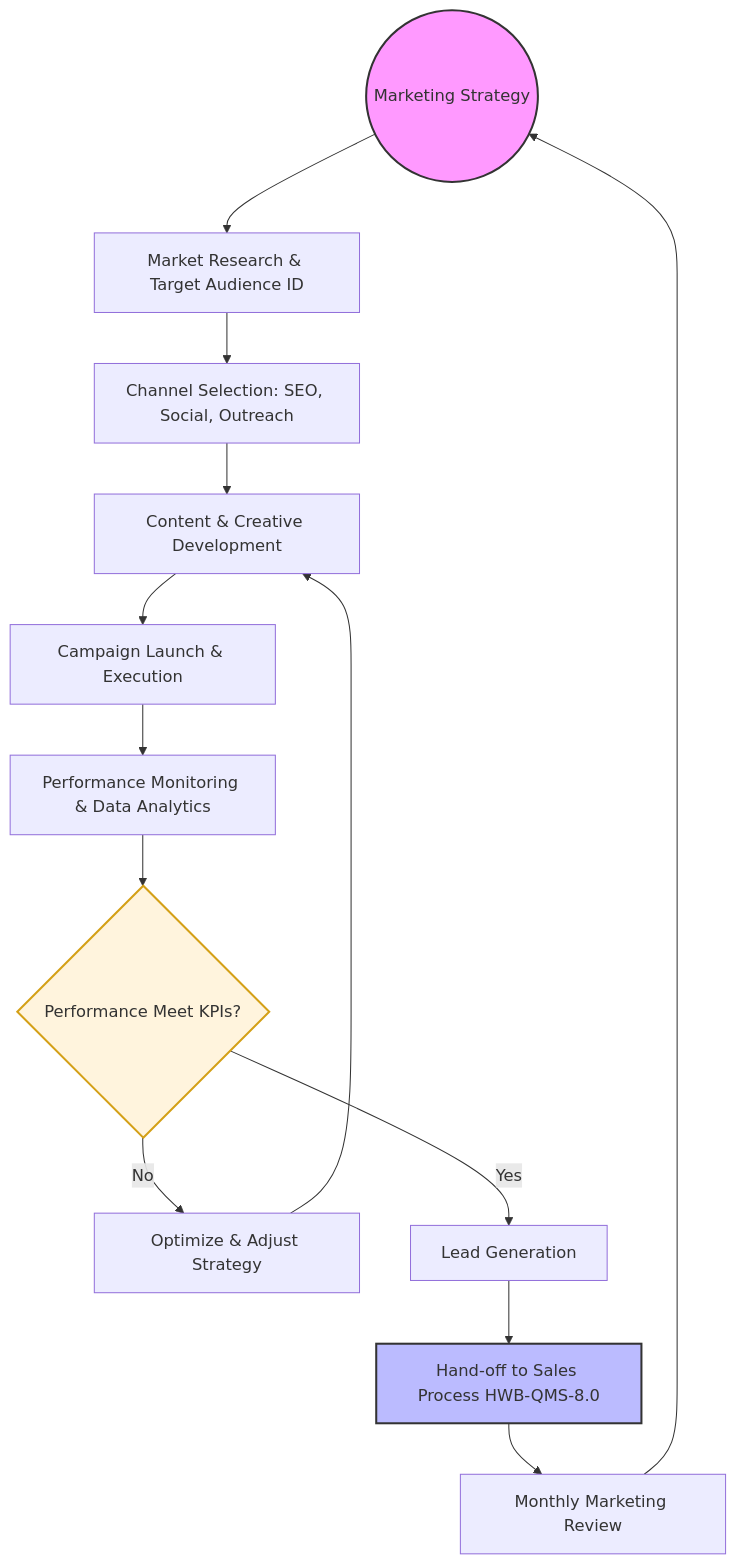
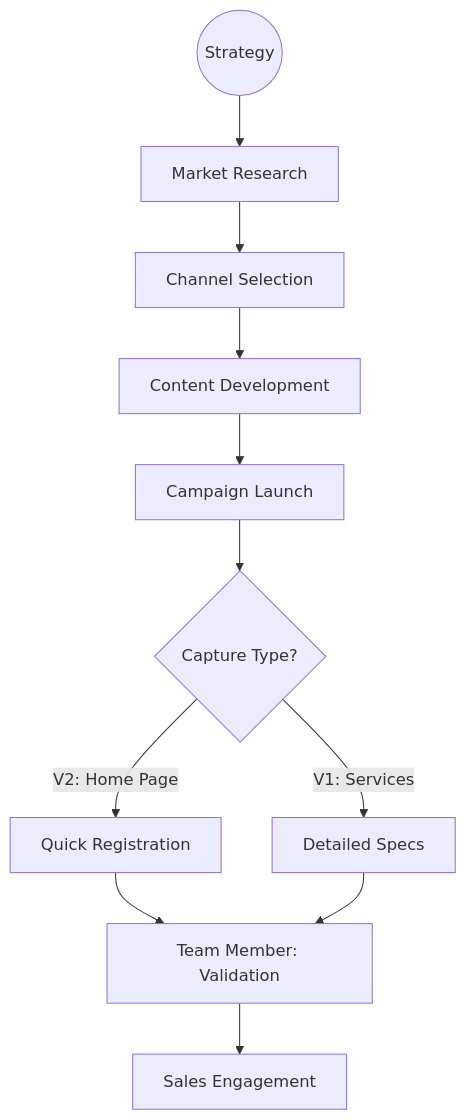
The diagram in HWB-COMPANY/HWB-SALES-MARKETING/HWB-QMS-8.0 Marketing Process SOP with Flowchart.md (Humbertoed11/hwb-institutional-website), drawn with Mermaid before and after one commit. The commit also changed other lines of this file and 236 other files, not shown here.

````diff
--- a/HWB-COMPANY/HWB-SALES-MARKETING/HWB-QMS-8.0 Marketing Process SOP with Flowchart.md
+++ b/HWB-COMPANY/HWB-SALES-MARKETING/HWB-QMS-8.0 Marketing Process SOP with Flowchart.md
@@ -30,33 +30,13 @@
 ```mermaid
 graph TD
-    %% Start of Process
-    Start((Marketing Strategy)) --> Research[Market Research & Target Audience ID]
-    
-    %% Planning Phase
-    Research --> Channels[Channel Selection: SEO, Social, Outreach]
-    Channels --> Content[Content & Creative Development]
-    
-    %% Execution Phase
-    Content --> Execution[Campaign Launch & Execution]
-    
-    %% Monitoring Phase
-    Execution --> Monitoring[Performance Monitoring & Data Analytics]
-    
-    %% Decision Phase
-    Monitoring --> Analysis{Performance Meet KPIs?}
-    
-    Analysis -- No --> Adjust[Optimize & Adjust Strategy]
-    Adjust --> Content
-    
-    Analysis -- Yes --> LeadGen[Lead Generation]
-    
-    %% Hand-off Phase
-    LeadGen --> SalesHandOff[Hand-off to Sales Process HWB-QMS-8.0]
-    SalesHandOff --> Review[Monthly Marketing Review]
-    Review --> Start
-    
-    %% Styling
-    style Start fill:#f9f,stroke:#333,stroke-width:2px
-    style SalesHandOff fill:#bbf,stroke:#333,stroke-width:2px
-    style Analysis fill:#fff4dd,stroke:#d4a017,stroke-width:2px
+    Start((Strategy)) --> Research[Market Research]
+    Research --> Channels[Channel Selection]
+    Channels --> Content[Content Development]
+    Content --> Execution[Campaign Launch]
+    Execution --> Capture{Capture Type?}
+    Capture -- V2: Home Page --> Velocity[Quick Registration]
+    Capture -- V1: Services --> Fidelity[Detailed Specs]
+    Velocity --> CRM[Team Member: Manual Follow-up]
+    Fidelity --> CRM[Team Member: Validation]
+    CRM --> SalesHandOff[Sales Engagement]
 ```
````
